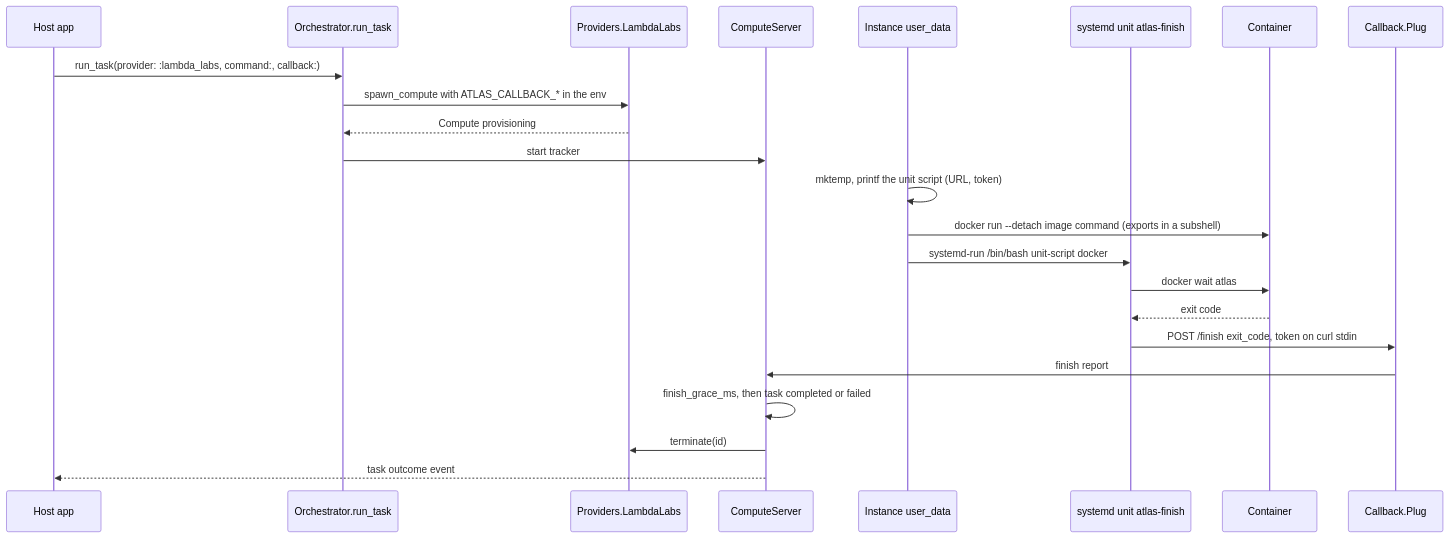
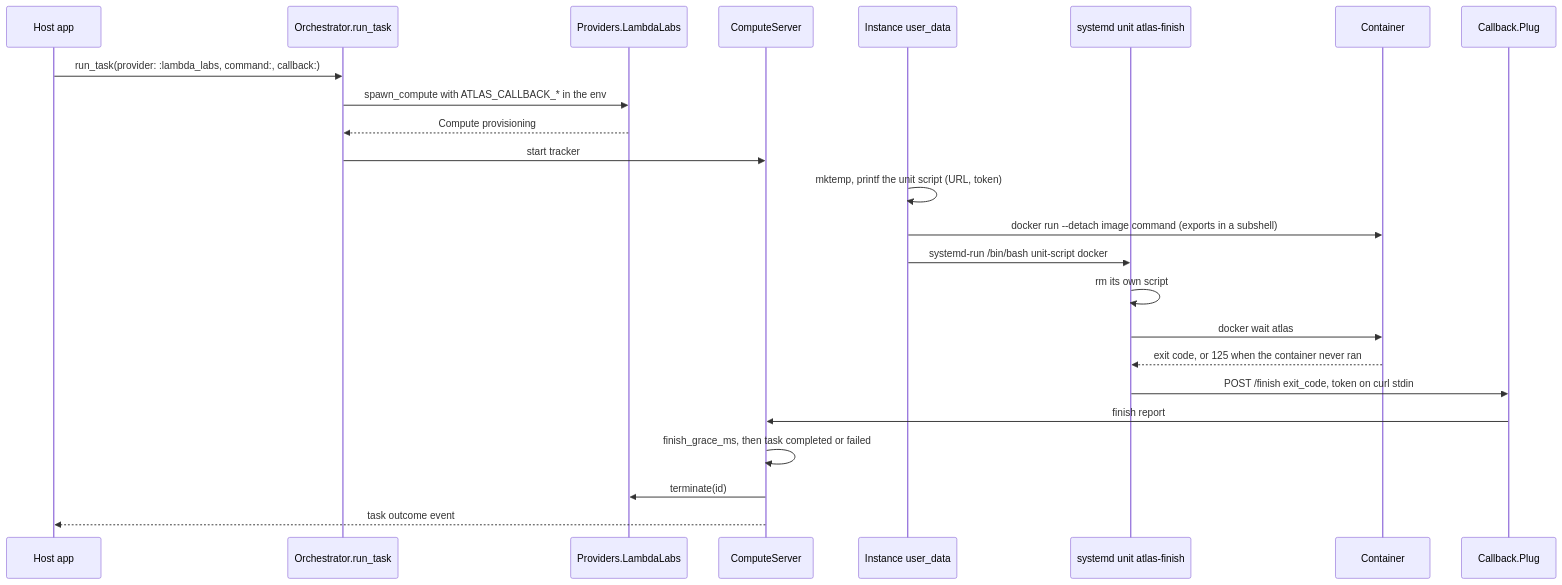
Before and after one commit to udin-io/ex_atlas: the third of 4 diagrams in docs/architecture.md, drawn with Mermaid. The commit also changed 5 other files, not shown here.

````diff
--- a/docs/architecture.md
+++ b/docs/architecture.md
@@ -139,25 +139,26 @@
 ```mermaid
 sequenceDiagram
   participant Host as Host app
   participant O as Orchestrator.run_task
   participant LL as Providers.LambdaLabs
   participant CS as ComputeServer
   participant VM as Instance user_data
   participant U as systemd unit atlas-finish
   participant C as Container
   participant CB as Callback.Plug
   Host->>O: run_task(provider: :lambda_labs, command:, callback:)
   O->>LL: spawn_compute with ATLAS_CALLBACK_* in the env
   LL-->>O: Compute provisioning
   O->>CS: start tracker
   VM->>VM: mktemp, printf the unit script (URL, token)
   VM->>C: docker run --detach image command (exports in a subshell)
   VM->>U: systemd-run /bin/bash unit-script docker
+  U->>U: rm its own script
   U->>C: docker wait atlas
-  C-->>U: exit code
+  C-->>U: exit code, or 125 when the container never ran
   U->>CB: POST /finish exit_code, token on curl stdin
   CB->>CS: finish report
   CS->>CS: finish_grace_ms, then task completed or failed
   CS->>LL: terminate(id)
   CS-->>Host: task outcome event
 ```
````
